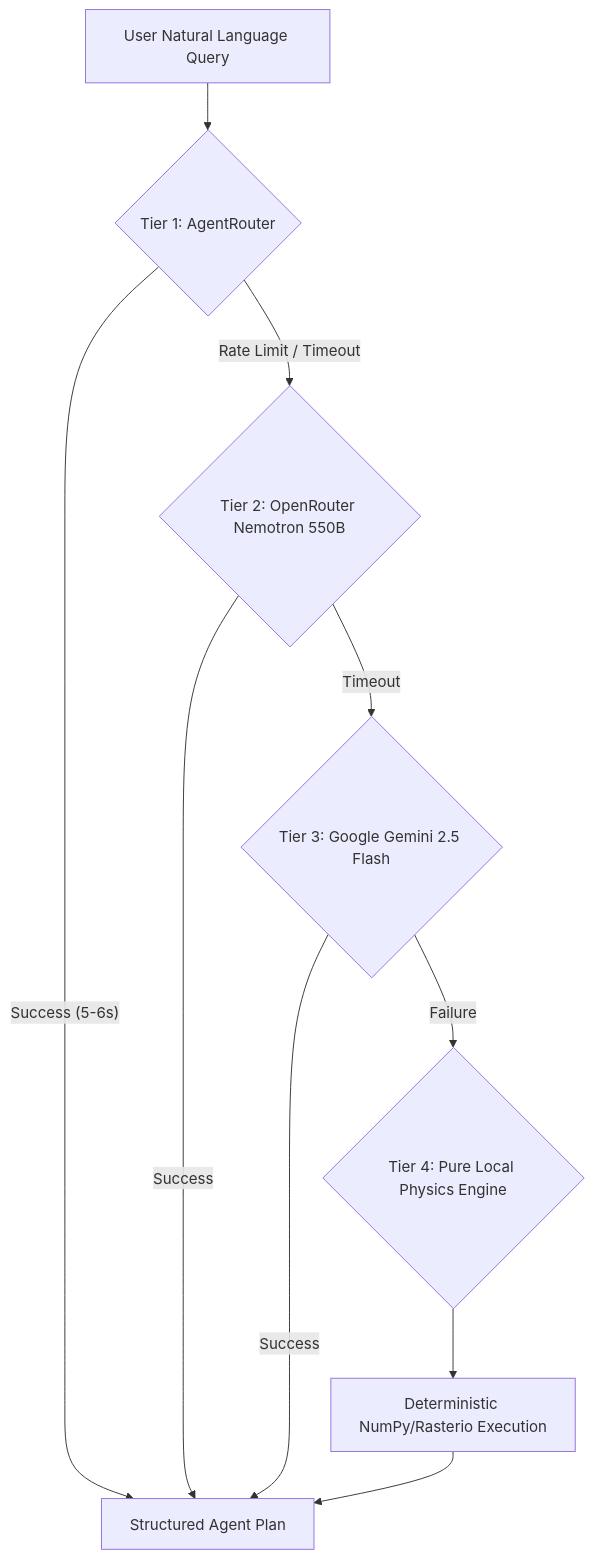
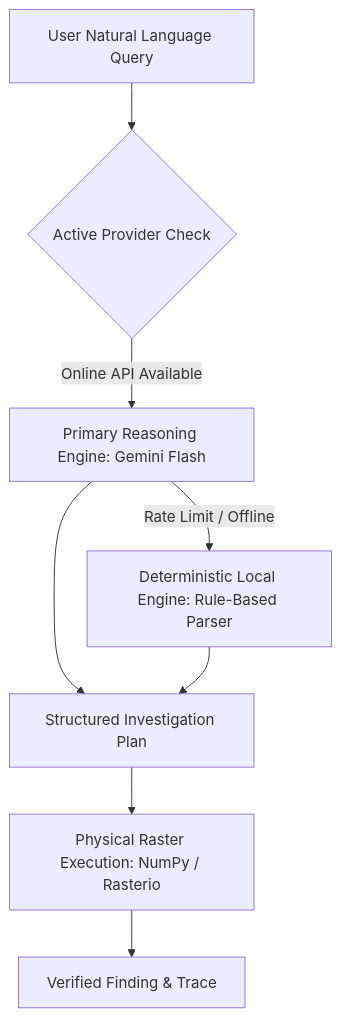
Before and after one commit to Gowrav-M/satquery-ai-sih-2026-evidence: the diagram in validation/provider_truthfulness.md, drawn with Mermaid. The commit also changed other lines of this file and 36 other files, not shown here.

````diff
--- a/validation/provider_truthfulness.md
+++ b/validation/provider_truthfulness.md
@@ -11,12 +9,10 @@
 ```mermaid
 flowchart TD
-    Q[User Natural Language Query] --> T1{Tier 1: AgentRouter}
-    T1 -- Success (5-6s) --> OUT[Structured Agent Plan]
-    T1 -- Rate Limit / Timeout --> T2{Tier 2: OpenRouter Nemotron 550B}
-    T2 -- Success --> OUT
-    T2 -- Timeout --> T3{Tier 3: Google Gemini 2.5 Flash}
-    T3 -- Success --> OUT
-    T3 -- Failure --> T4{Tier 4: Pure Local Physics Engine}
-    T4 --> DET[Deterministic NumPy/Rasterio Execution]
-    DET --> OUT
+    Q[User Natural Language Query] --> P{Active Provider Check}
+    P -- Online API Available --> G[Primary Reasoning Engine: Gemini Flash]
+    G -- Rate Limit / Offline --> D[Deterministic Local Engine: Rule-Based Parser]
+    G --> PLAN[Structured Investigation Plan]
+    D --> PLAN
+    PLAN --> PHYS[Physical Raster Execution: NumPy / Rasterio]
+    PHYS --> OUT[Verified Finding & Trace]
 ```
````
